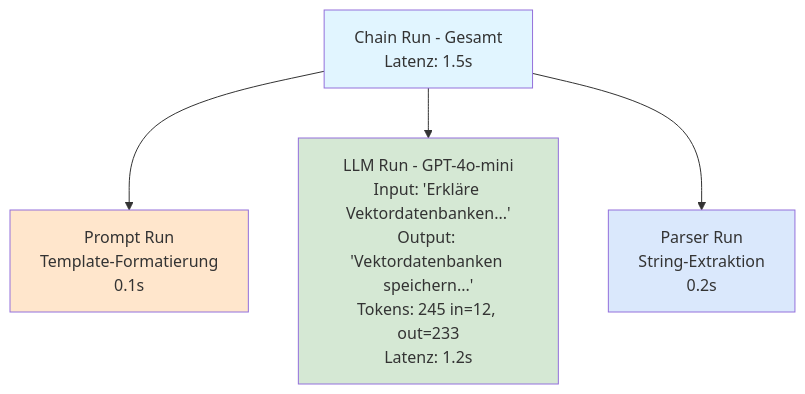
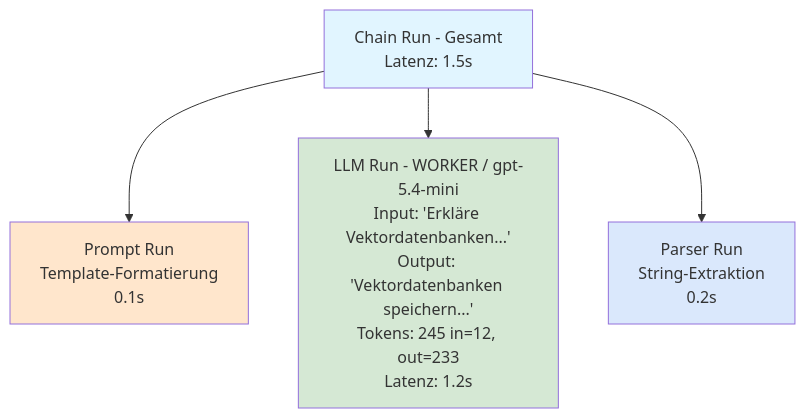
One commit to ralf-42/GenAI changed the third of 5 diagrams in docs/06-frameworks/einsteiger-langsmith.md. Above: the diagram before and after it, drawn with Mermaid. The commit also changed other lines of this file and 22 other files, not shown here.

````diff
--- a/docs/06-frameworks/einsteiger-langsmith.md
+++ b/docs/06-frameworks/einsteiger-langsmith.md
@@ -230,16 +230,16 @@
 ```mermaid
 graph TB
     CHAIN[Chain Run - Gesamt<br/>Latenz: 1.5s]
     PROMPT[Prompt Run<br/>Template-Formatierung<br/>0.1s]
-    LLM[LLM Run - GPT-4o-mini<br/>Input: 'Erkläre Vektordatenbanken...'<br/>Output: 'Vektordatenbanken speichern...'<br/>Tokens: 245 in=12, out=233<br/>Latenz: 1.2s]
+    LLM[LLM Run - WORKER / gpt-5.4-mini<br/>Input: 'Erkläre Vektordatenbanken...'<br/>Output: 'Vektordatenbanken speichern...'<br/>Tokens: 245 in=12, out=233<br/>Latenz: 1.2s]
     PARSER[Parser Run<br/>String-Extraktion<br/>0.2s]
 
     CHAIN --> PROMPT
     CHAIN --> LLM
     CHAIN --> PARSER
 
     style CHAIN fill:#e1f5ff
     style PROMPT fill:#ffe6cc
     style LLM fill:#d5e8d4
     style PARSER fill:#dae8fc
 ```
````
